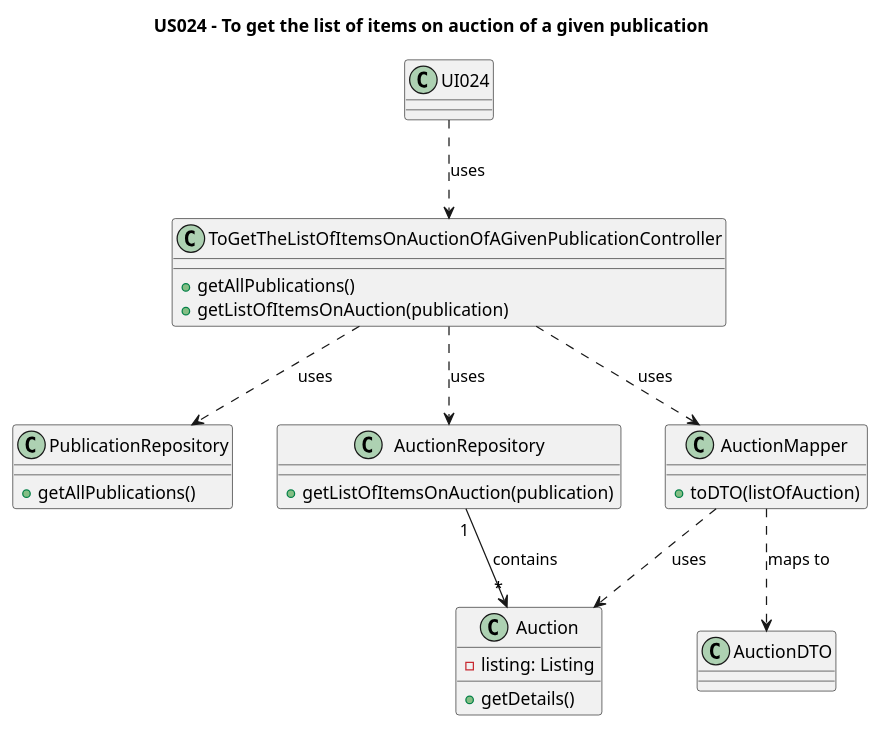
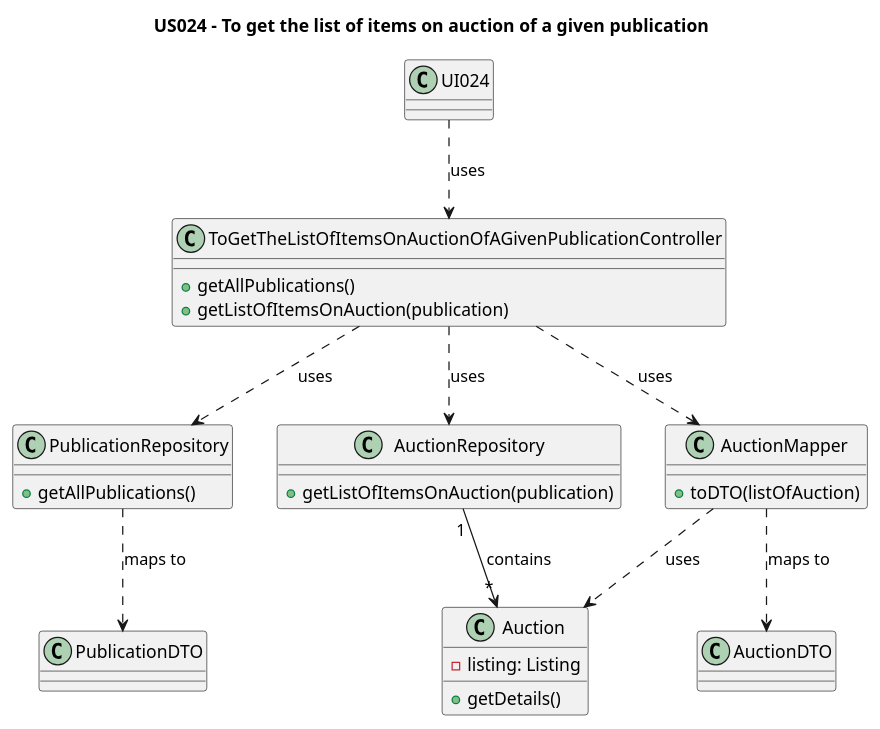
Before and after one commit to AndrePereiraGitH/SWitCH-Project-Team_A: the diagram in Diagrams/ClassDiagrams/US024-to-get-the-list-of-items-on-auction-of-a-given-publication.puml, drawn with PlantUML.

Commit message:
Working on #72, updated CD for US024

```diff
--- a/Diagrams/ClassDiagrams/US024-to-get-the-list-of-items-on-auction-of-a-given-publication.puml
+++ b/Diagrams/ClassDiagrams/US024-to-get-the-list-of-items-on-auction-of-a-given-publication.puml
@@ -1,80 +1,84 @@
 @startuml
 title US024 - To get the list of items on auction of a given publication
 
 class UI024 {
 
 }
 
 class ToGetTheListOfItemsOnAuctionOfAGivenPublicationController {
   +getAllPublications()
   +getListOfItemsOnAuction(publication)
 }
 
 class PublicationRepository{
     +getAllPublications()
+}
+
+class PublicationDTO {
 }
 
 class AuctionRepository {
   +getListOfItemsOnAuction(publication)
 }
 
 class Auction {
  - listing: Listing
    +getDetails()
 }
 
 class AuctionMapper {
   +toDTO(listOfAuction)
 }
 
 class AuctionDTO {
 }
 
 /'
 class Listing {
   - item: Item
   - saleType: SaleType
 }
 
 enum SaleType {
     DIRECT_SALE
     AUCTION
 }
 
 ' class Item {
 '    - bibliographicalData: BibliographicalData
 '}
 
 class Item {
     - publication: publication
 }
 
 class Publication {
     - bibliographicalData: BibliographicalData
     - code: Code
 }
 
 class BibliographicalData {
     - title: String
 }
 '/
 
 ' Interactions
 
 UI024 ..> ToGetTheListOfItemsOnAuctionOfAGivenPublicationController: uses
 ToGetTheListOfItemsOnAuctionOfAGivenPublicationController ..> AuctionRepository : uses
 ToGetTheListOfItemsOnAuctionOfAGivenPublicationController ..> PublicationRepository : uses
+PublicationRepository ..> PublicationDTO : maps to
 AuctionRepository "1" --> "*" Auction : contains
 ToGetTheListOfItemsOnAuctionOfAGivenPublicationController ..> AuctionMapper : uses
 AuctionMapper ..> AuctionDTO : maps to
 AuctionMapper ..> Auction : uses
 /'
 Auction "0..1" -- "1" Listing : has
 Listing "                                *" -- "1" SaleType : can be\nsold by >
 Listing "1" -- "1..*  " Item : lists an >
 ' Item "*" -- "1" BibliographicalData: has >
 Item "*" -- "1" Publication: refers to a >
 Publication "*" -- "1" BibliographicalData: has >
 '/
 
 @enduml
```
